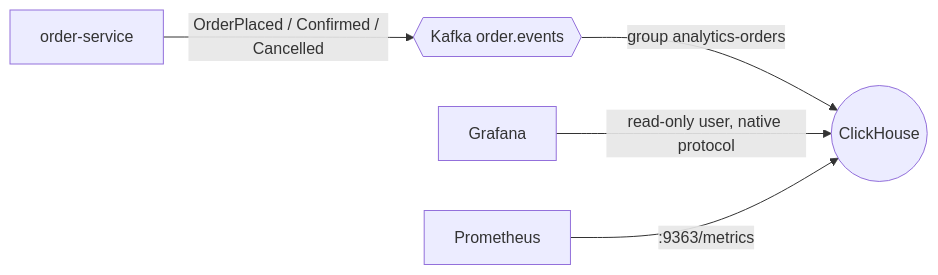
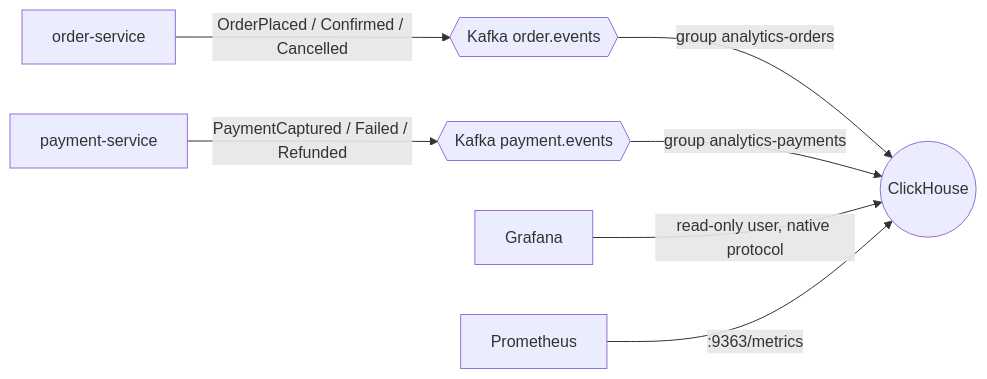
One commit to jk-boot-up/system-design changed the diagram in e-commerce/services/analytics/design/diagrams/src/analytics--interaction-diagram.mmd. Above: the diagram before and after it, drawn with Mermaid. The commit also changed 21 other files, not shown here.

```diff
--- a/e-commerce/services/analytics/design/diagrams/src/analytics--interaction-diagram.mmd
+++ b/e-commerce/services/analytics/design/diagrams/src/analytics--interaction-diagram.mmd
@@ -1,5 +1,7 @@
 flowchart LR
     O[order-service] -- "OrderPlaced / Confirmed / Cancelled" --> K{{Kafka order.events}}
+    PS[payment-service] -- "PaymentCaptured / Failed / Refunded" --> KP{{Kafka payment.events}}
     K -- "group analytics-orders" --> CH((ClickHouse))
+    KP -- "group analytics-payments" --> CH
     GF[Grafana] -- "read-only user, native protocol" --> CH
     P[Prometheus] -- ":9363/metrics" --> CH
```
